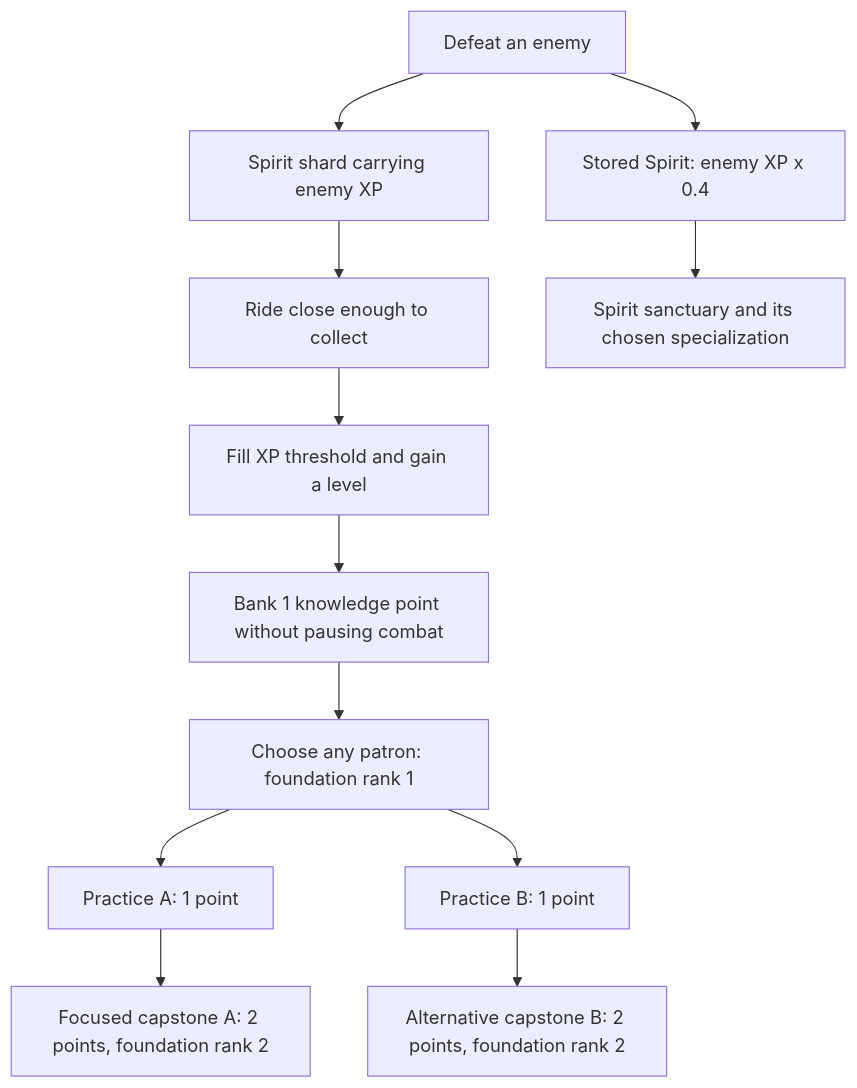
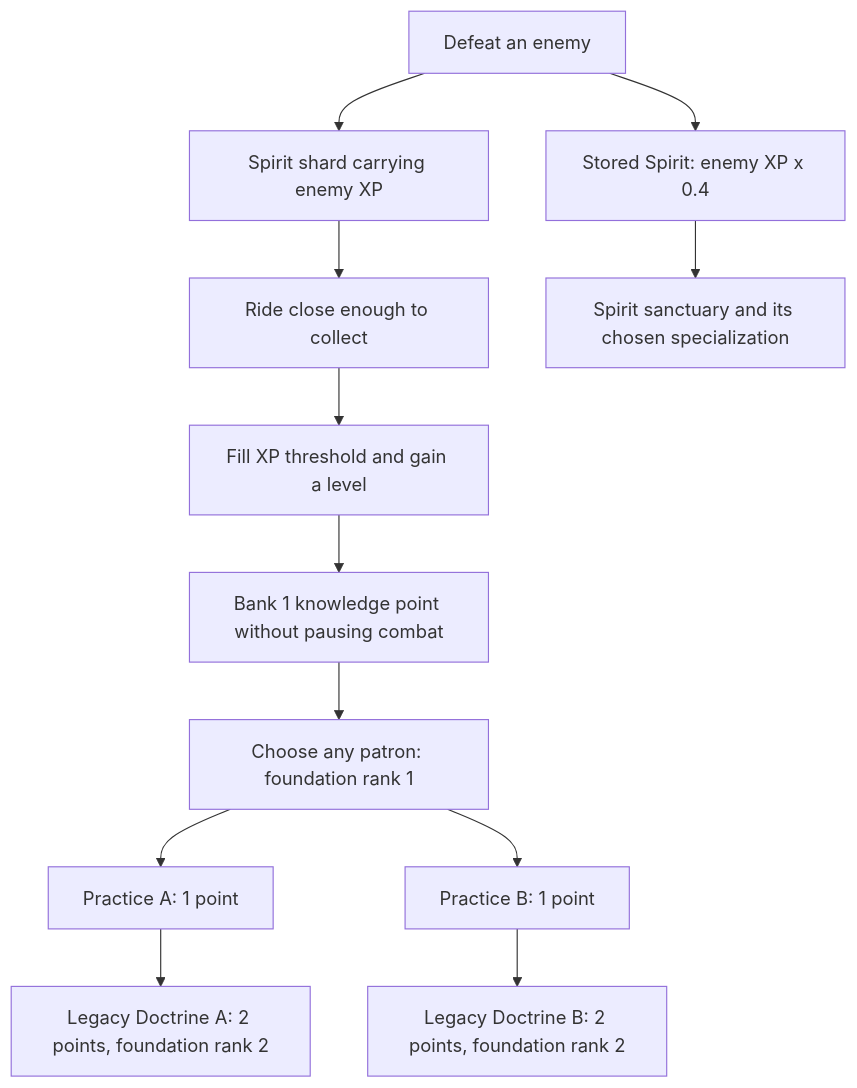
Before and after one commit to llee05/hordes-of-the-fallen-sky: the first of 2 diagrams in docs/game-mechanics.md, drawn with Mermaid. The commit also changed other lines of this file and 6 other files, not shown here.

````diff
--- a/docs/game-mechanics.md
+++ b/docs/game-mechanics.md
@@ -106,14 +106,14 @@
 ```mermaid
 flowchart TD
     Enemy[Defeat an enemy] --> Shard[Spirit shard carrying enemy XP]
     Enemy --> Spirit[Stored Spirit: enemy XP x 0.4]
     Shard --> Collect[Ride close enough to collect]
     Collect --> Level[Fill XP threshold and gain a level]
     Level --> Points[Bank 1 knowledge point without pausing combat]
     Points --> Foundation[Choose any patron: foundation rank 1]
     Foundation --> A[Practice A: 1 point]
     Foundation --> B[Practice B: 1 point]
-    A --> CapstoneA[Focused capstone A: 2 points, foundation rank 2]
-    B --> CapstoneB[Alternative capstone B: 2 points, foundation rank 2]
+    A --> CapstoneA[Legacy Doctrine A: 2 points, foundation rank 2]
+    B --> CapstoneB[Legacy Doctrine B: 2 points, foundation rank 2]
     Spirit --> Sanctuary[Spirit sanctuary and its chosen specialization]
 ```
````
